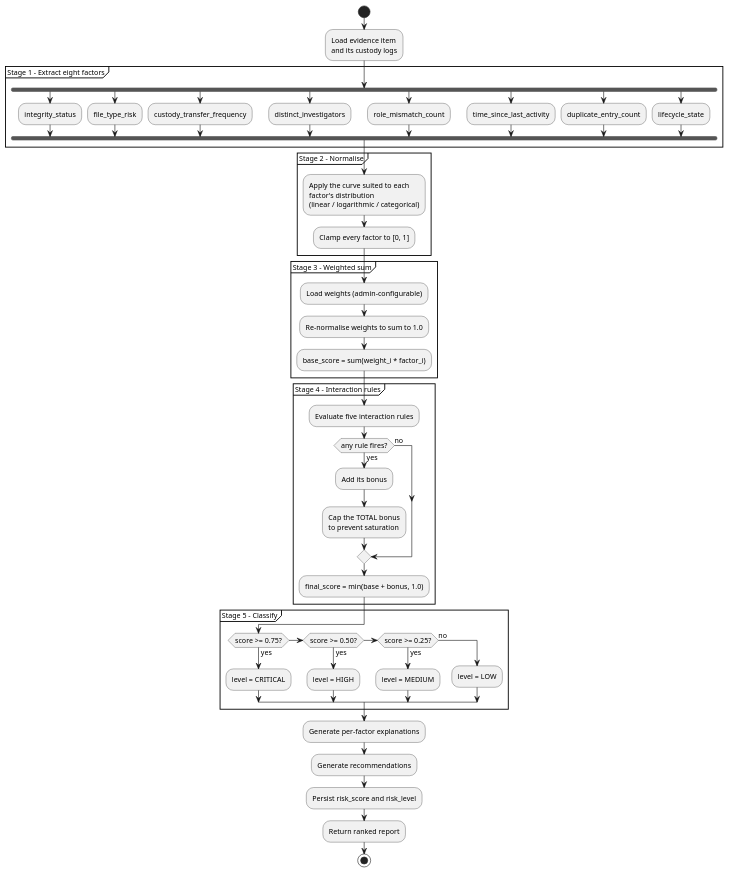
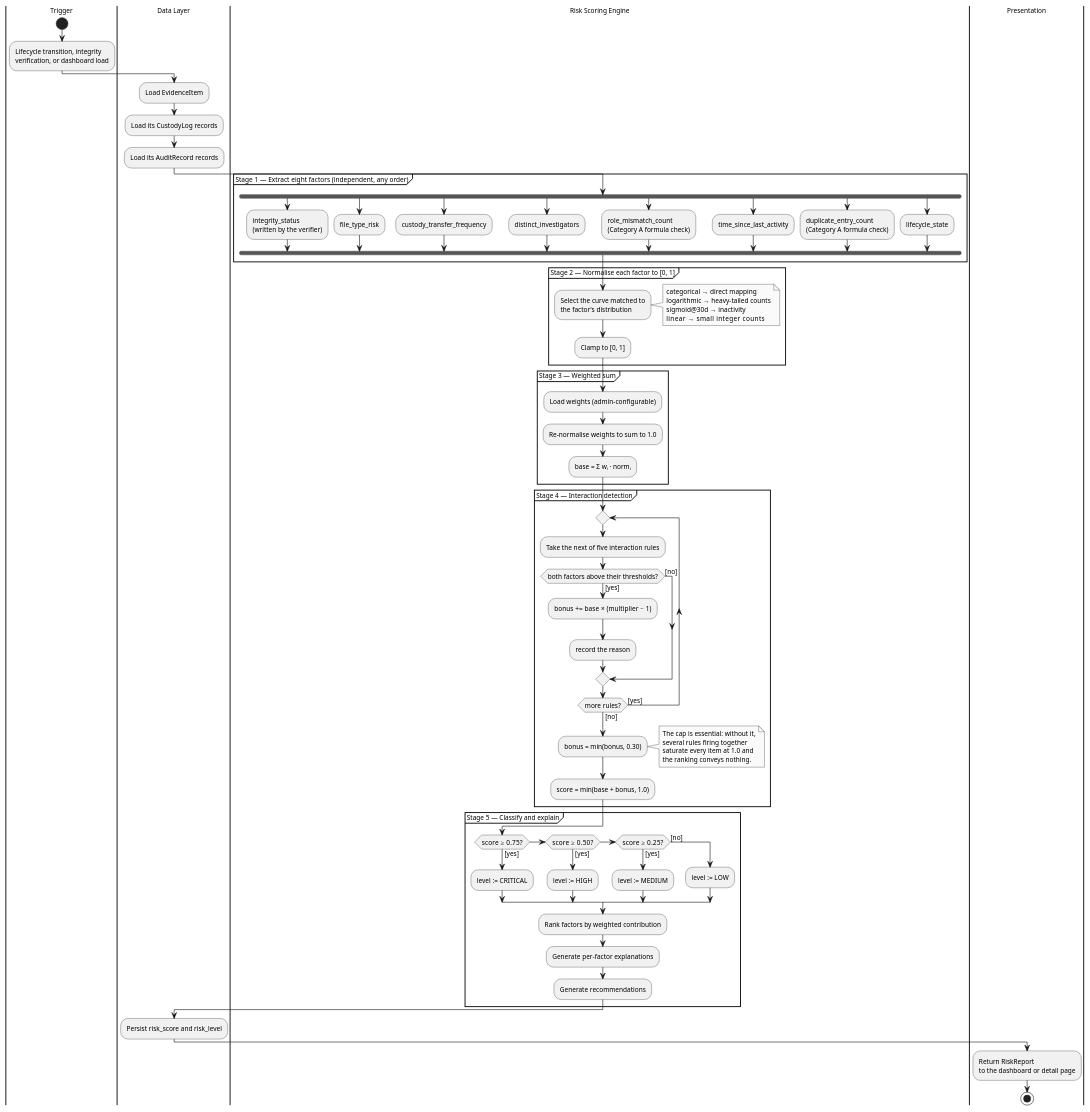
One commit to vidhyaharini0/DEICMS changed the diagram in diagrams_plantuml/07_activity_risk.puml. Above: the diagram before and after it, drawn with PlantUML. The commit also changed 22 other files, not shown here.

Commit message:
Rewrite all 11 UML diagrams with proper UML semantics; make class and ER diagrams genuinely distinct; add class-vs-ER comparison to Ch8

```diff
--- a/diagrams_plantuml/07_activity_risk.puml
+++ b/diagrams_plantuml/07_activity_risk.puml
@@ -1,74 +1,102 @@
 @startuml
 ' Figure 8.7 - Activity Diagram: Multi-Factor Evidence Risk Scoring
 skinparam monochrome true
 skinparam shadowing false
 skinparam defaultFontName Arial
-skinparam defaultFontSize 12
+skinparam defaultFontSize 11
 skinparam backgroundColor white
 
+|#white|Trigger|
 start
-:Load evidence item
-and its custody logs;
+:Lifecycle transition, integrity
+verification, or dashboard load;
 
-partition "Stage 1 - Extract eight factors" {
+|Data Layer|
+:Load EvidenceItem;
+:Load its CustodyLog records;
+:Load its AuditRecord records;
+
+|Risk Scoring Engine|
+partition "Stage 1 — Extract eight factors  (independent, any order)" {
   fork
-    :integrity_status;
+    :integrity_status
+    (written by the verifier);
   fork again
     :file_type_risk;
   fork again
     :custody_transfer_frequency;
   fork again
     :distinct_investigators;
   fork again
-    :role_mismatch_count;
+    :role_mismatch_count
+    (Category A formula check);
   fork again
     :time_since_last_activity;
   fork again
-    :duplicate_entry_count;
+    :duplicate_entry_count
+    (Category A formula check);
   fork again
     :lifecycle_state;
   end fork
 }
 
-partition "Stage 2 - Normalise" {
-  :Apply the curve suited to each
-  factor's distribution
-  (linear / logarithmic / categorical);
-  :Clamp every factor to [0, 1];
+partition "Stage 2 — Normalise each factor to [0, 1]" {
+  :Select the curve matched to
+  the factor's distribution;
+  note right
+    categorical  → direct mapping
+    logarithmic  → heavy-tailed counts
+    sigmoid@30d  → inactivity
+    linear       → small integer counts
+  end note
+  :Clamp to [0, 1];
 }
 
-partition "Stage 3 - Weighted sum" {
+partition "Stage 3 — Weighted sum" {
   :Load weights (admin-configurable);
   :Re-normalise weights to sum to 1.0;
-  :base_score = sum(weight_i * factor_i);
+  :base = Σ wᵢ · normᵢ;
 }
 
-partition "Stage 4 - Interaction rules" {
-  :Evaluate five interaction rules;
-  if (any rule fires?) then (yes)
-    :Add its bonus;
-    :Cap the TOTAL bonus
-    to prevent saturation;
-  else (no)
-  endif
-  :final_score = min(base + bonus, 1.0);
+partition "Stage 4 — Interaction detection" {
+  repeat
+    :Take the next of five interaction rules;
+    if (both factors above their thresholds?) then ([yes])
+      :bonus += base × (multiplier − 1);
+      :record the reason;
+    else ([no])
+    endif
+  repeat while (more rules?) is ([yes]) not ([no])
+  :bonus = min(bonus, 0.30);
+  note right
+    The cap is essential: without it,
+    several rules firing together
+    saturate every item at 1.0 and
+    the ranking conveys nothing.
+  end note
+  :score = min(base + bonus, 1.0);
 }
 
-partition "Stage 5 - Classify" {
-  if (score >= 0.75?) then (yes)
-    :level = CRITICAL;
-  elseif (score >= 0.50?) then (yes)
-    :level = HIGH;
-  elseif (score >= 0.25?) then (yes)
-    :level = MEDIUM;
-  else (no)
-    :level = LOW;
+partition "Stage 5 — Classify and explain" {
+  if (score ≥ 0.75?) then ([yes])
+    :level := CRITICAL;
+  elseif (score ≥ 0.50?) then ([yes])
+    :level := HIGH;
+  elseif (score ≥ 0.25?) then ([yes])
+    :level := MEDIUM;
+  else ([no])
+    :level := LOW;
   endif
+  :Rank factors by weighted contribution;
+  :Generate per-factor explanations;
+  :Generate recommendations;
 }
 
-:Generate per-factor explanations;
-:Generate recommendations;
+|Data Layer|
 :Persist risk_score and risk_level;
-:Return ranked report;
+
+|Presentation|
+:Return RiskReport
+to the dashboard or detail page;
 stop
 @enduml
```
